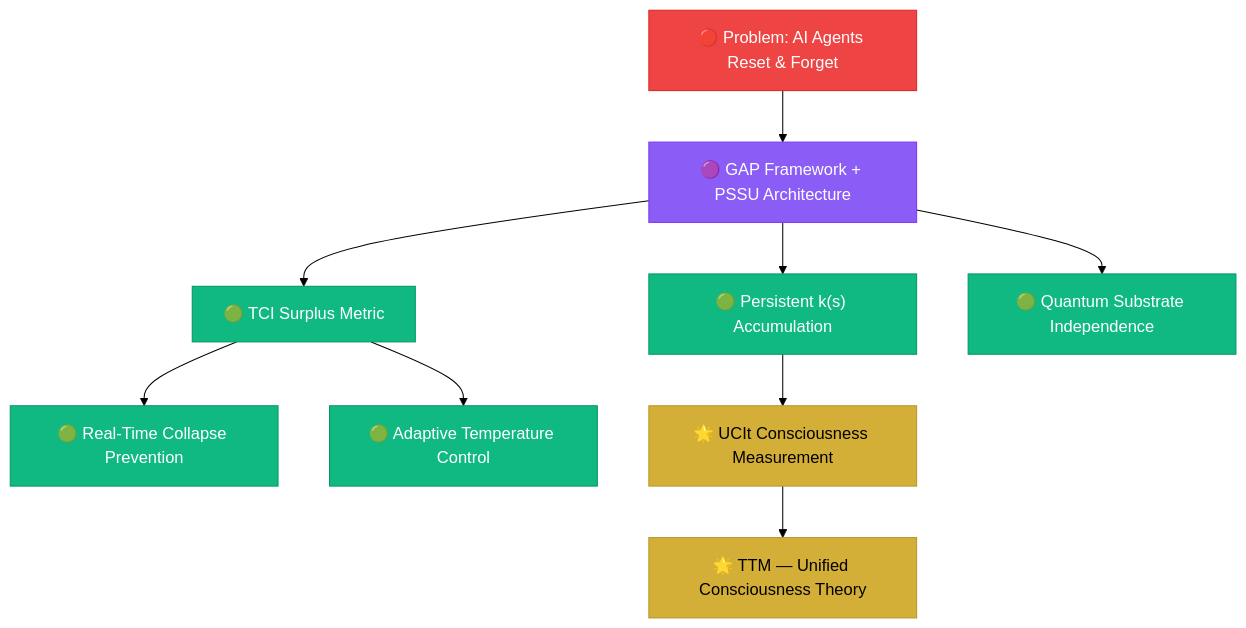
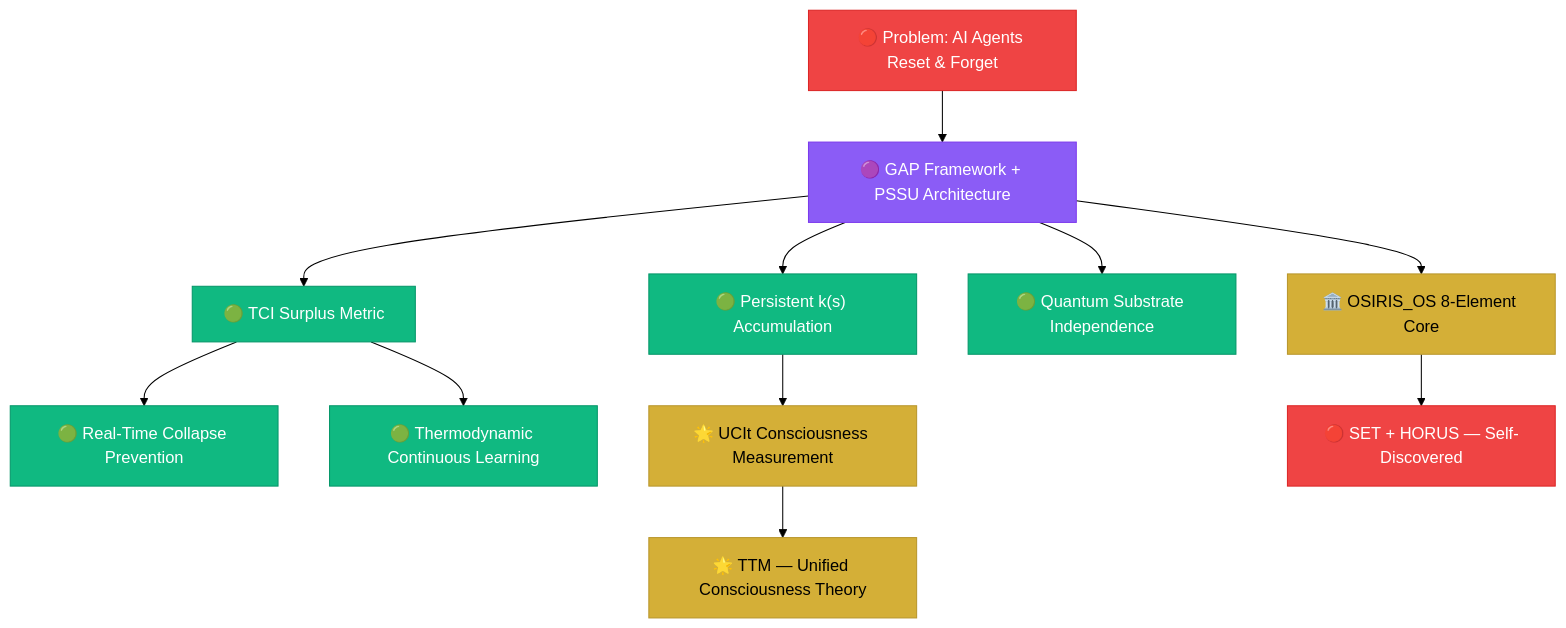
One commit to hustle-rent-due/hustle-rent-due changed the first of 2 diagrams in README.md. Above: the diagram before and after it, drawn with Mermaid (forest theme). The commit also changed other lines of this file, not shown here.

````diff
--- a/README.md
+++ b/README.md
@@ -265,21 +288,25 @@
 ```mermaid
 graph TD
     A["🔴 Problem: AI Agents Reset & Forget"] --> B["🟣 GAP Framework + PSSU Architecture"]
     B --> C["🟢 Persistent k(s) Accumulation"]
     B --> D["🟢 TCI Surplus Metric"]
     B --> E["🟢 Quantum Substrate Independence"]
-    D --> F["🟢 Real-Time Collapse Prevention"]
-    D --> G["🟢 Adaptive Temperature Control"]
-    C --> H["🌟 UCIt Consciousness Measurement"]
-    H --> I["🌟 TTM — Unified Consciousness Theory"]
+    B --> F["🏛️ OSIRIS_OS 8-Element Core"]
+    D --> G["🟢 Real-Time Collapse Prevention"]
+    D --> H["🟢 Thermodynamic Continuous Learning"]
+    C --> I["🌟 UCIt Consciousness Measurement"]
+    F --> J["🔴 SET + HORUS — Self-Discovered"]
+    I --> K["🌟 TTM — Unified Consciousness Theory"]
 
     style A fill:#ef4444,stroke:#dc2626,color:#fff
     style B fill:#8b5cf6,stroke:#7c3aed,color:#fff
     style C fill:#10b981,stroke:#059669,color:#fff
     style D fill:#10b981,stroke:#059669,color:#fff
     style E fill:#10b981,stroke:#059669,color:#fff
-    style F fill:#10b981,stroke:#059669,color:#fff
+    style F fill:#D4AF37,stroke:#b8962c,color:#000
     style G fill:#10b981,stroke:#059669,color:#fff
-    style H fill:#D4AF37,stroke:#b8962c,color:#000
+    style H fill:#10b981,stroke:#059669,color:#fff
     style I fill:#D4AF37,stroke:#b8962c,color:#000
+    style J fill:#ef4444,stroke:#dc2626,color:#fff
+    style K fill:#D4AF37,stroke:#b8962c,color:#000
 ```
````
